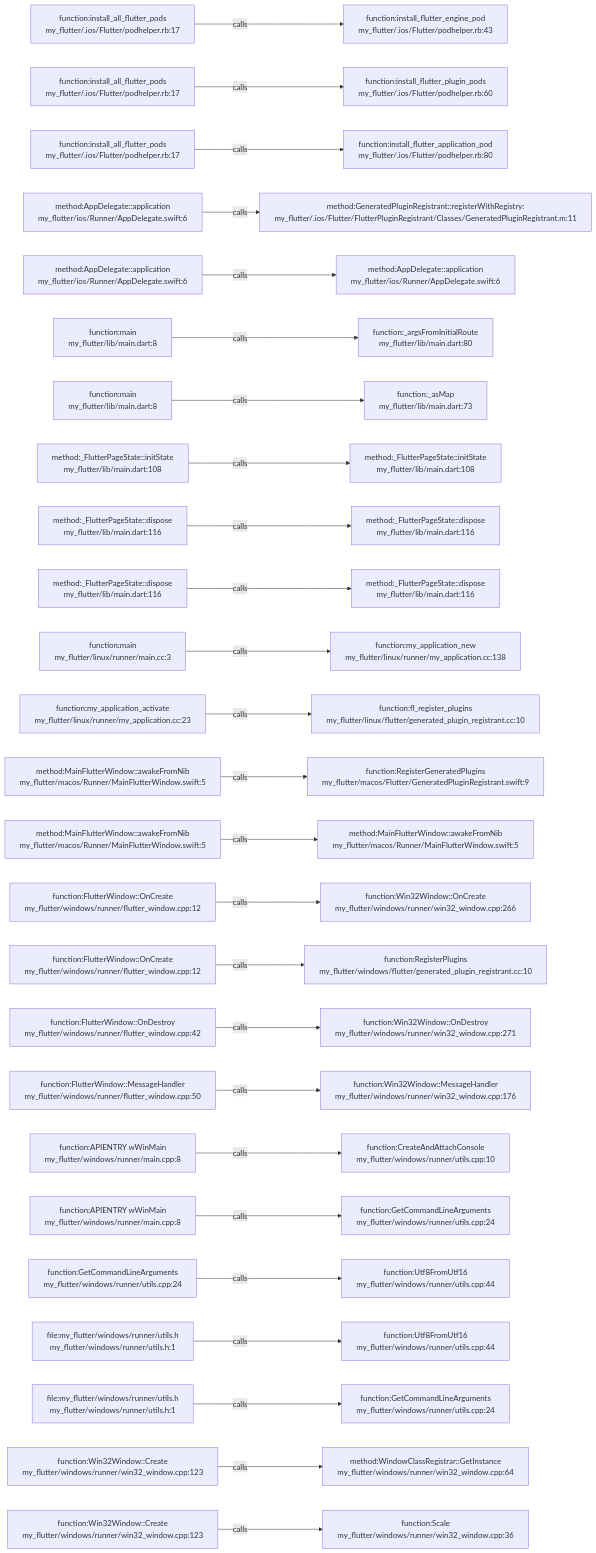
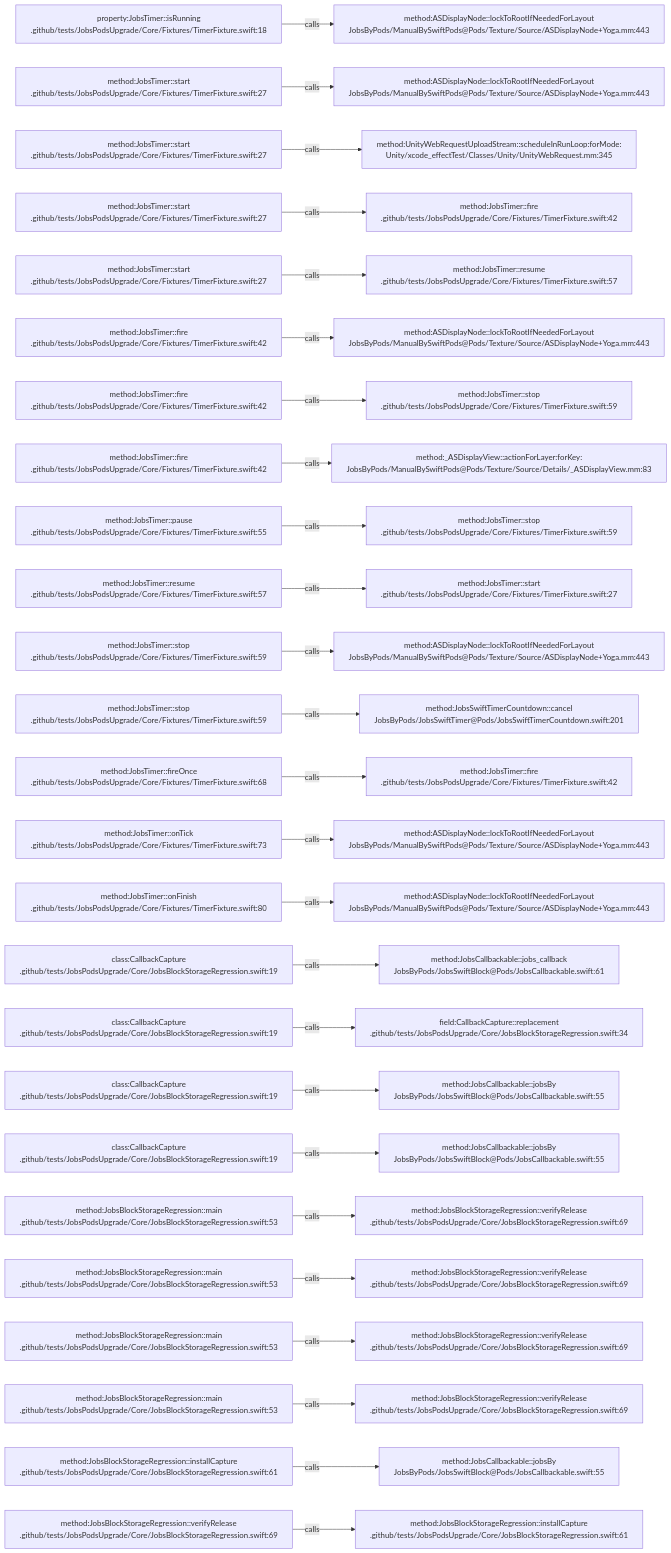
The diagram in .codegraph/codegraph.md/graphs/calls-001.md (JobsKits/JobsSwiftBaseConfigDemo), drawn with Mermaid before and after one commit. The commit also changed 224 other files, not shown here.

````diff
--- a/.codegraph/codegraph.md/graphs/calls-001.md
+++ b/.codegraph/codegraph.md/graphs/calls-001.md
@@ -13,78 +13,78 @@
 ```mermaid
 flowchart LR
-  S1["function:install_all_flutter_pods<br/>my_flutter/.ios/Flutter/podhelper.rb:17"]
-  T1["function:install_flutter_engine_pod<br/>my_flutter/.ios/Flutter/podhelper.rb:43"]
+  S1["property:JobsTimer::isRunning<br/>.github/tests/JobsPodsUpgrade/Core/Fixtures/TimerFixture.swift:18"]
+  T1["method:ASDisplayNode::lockToRootIfNeededForLayout<br/>JobsByPods/ManualBySwiftPods@Pods/Texture/Source/ASDisplayNode+Yoga.mm:443"]
   S1 -->|calls| T1
-  S2["function:install_all_flutter_pods<br/>my_flutter/.ios/Flutter/podhelper.rb:17"]
-  T2["function:install_flutter_plugin_pods<br/>my_flutter/.ios/Flutter/podhelper.rb:60"]
+  S2["method:JobsTimer::start<br/>.github/tests/JobsPodsUpgrade/Core/Fixtures/TimerFixture.swift:27"]
+  T2["method:ASDisplayNode::lockToRootIfNeededForLayout<br/>JobsByPods/ManualBySwiftPods@Pods/Texture/Source/ASDisplayNode+Yoga.mm:443"]
   S2 -->|calls| T2
-  S3["function:install_all_flutter_pods<br/>my_flutter/.ios/Flutter/podhelper.rb:17"]
-  T3["function:install_flutter_application_pod<br/>my_flutter/.ios/Flutter/podhelper.rb:80"]
+  S3["method:JobsTimer::start<br/>.github/tests/JobsPodsUpgrade/Core/Fixtures/TimerFixture.swift:27"]
+  T3["method:UnityWebRequestUploadStream::scheduleInRunLoop:forMode:<br/>Unity/xcode_effectTest/Classes/Unity/UnityWebRequest.mm:345"]
   S3 -->|calls| T3
-  S4["method:AppDelegate::application<br/>my_flutter/ios/Runner/AppDelegate.swift:6"]
-  T4["method:GeneratedPluginRegistrant::registerWithRegistry:<br/>my_flutter/.ios/Flutter/FlutterPluginRegistrant/Classes/GeneratedPluginRegistrant.m:11"]
+  S4["method:JobsTimer::start<br/>.github/tests/JobsPodsUpgrade/Core/Fixtures/TimerFixture.swift:27"]
+  T4["method:JobsTimer::fire<br/>.github/tests/JobsPodsUpgrade/Core/Fixtures/TimerFixture.swift:42"]
   S4 -->|calls| T4
-  S5["method:AppDelegate::application<br/>my_flutter/ios/Runner/AppDelegate.swift:6"]
-  T5["method:AppDelegate::application<br/>my_flutter/ios/Runner/AppDelegate.swift:6"]
+  S5["method:JobsTimer::start<br/>.github/tests/JobsPodsUpgrade/Core/Fixtures/TimerFixture.swift:27"]
+  T5["method:JobsTimer::resume<br/>.github/tests/JobsPodsUpgrade/Core/Fixtures/TimerFixture.swift:57"]
   S5 -->|calls| T5
-  S6["function:main<br/>my_flutter/lib/main.dart:8"]
-  T6["function:_argsFromInitialRoute<br/>my_flutter/lib/main.dart:80"]
+  S6["method:JobsTimer::fire<br/>.github/tests/JobsPodsUpgrade/Core/Fixtures/TimerFixture.swift:42"]
+  T6["method:ASDisplayNode::lockToRootIfNeededForLayout<br/>JobsByPods/ManualBySwiftPods@Pods/Texture/Source/ASDisplayNode+Yoga.mm:443"]
   S6 -->|calls| T6
-  S7["function:main<br/>my_flutter/lib/main.dart:8"]
-  T7["function:_asMap<br/>my_flutter/lib/main.dart:73"]
+  S7["method:JobsTimer::fire<br/>.github/tests/JobsPodsUpgrade/Core/Fixtures/TimerFixture.swift:42"]
+  T7["method:JobsTimer::stop<br/>.github/tests/JobsPodsUpgrade/Core/Fixtures/TimerFixture.swift:59"]
   S7 -->|calls| T7
-  S8["method:_FlutterPageState::initState<br/>my_flutter/lib/main.dart:108"]
-  T8["method:_FlutterPageState::initState<br/>my_flutter/lib/main.dart:108"]
+  S8["method:JobsTimer::fire<br/>.github/tests/JobsPodsUpgrade/Core/Fixtures/TimerFixture.swift:42"]
+  T8["method:_ASDisplayView::actionForLayer:forKey:<br/>JobsByPods/ManualBySwiftPods@Pods/Texture/Source/Details/_ASDisplayView.mm:83"]
   S8 -->|calls| T8
-  S9["method:_FlutterPageState::dispose<br/>my_flutter/lib/main.dart:116"]
-  T9["method:_FlutterPageState::dispose<br/>my_flutter/lib/main.dart:116"]
+  S9["method:JobsTimer::pause<br/>.github/tests/JobsPodsUpgrade/Core/Fixtures/TimerFixture.swift:55"]
+  T9["method:JobsTimer::stop<br/>.github/tests/JobsPodsUpgrade/Core/Fixtures/TimerFixture.swift:59"]
   S9 -->|calls| T9
-  S10["method:_FlutterPageState::dispose<br/>my_flutter/lib/main.dart:116"]
-  T10["method:_FlutterPageState::dispose<br/>my_flutter/lib/main.dart:116"]
+  S10["method:JobsTimer::resume<br/>.github/tests/JobsPodsUpgrade/Core/Fixtures/TimerFixture.swift:57"]
+  T10["method:JobsTimer::start<br/>.github/tests/JobsPodsUpgrade/Core/Fixtures/TimerFixture.swift:27"]
   S10 -->|calls| T10
-  S11["function:main<br/>my_flutter/linux/runner/main.cc:3"]
-  T11["function:my_application_new<br/>my_flutter/linux/runner/my_application.cc:138"]
+  S11["method:JobsTimer::stop<br/>.github/tests/JobsPodsUpgrade/Core/Fixtures/TimerFixture.swift:59"]
+  T11["method:ASDisplayNode::lockToRootIfNeededForLayout<br/>JobsByPods/ManualBySwiftPods@Pods/Texture/Source/ASDisplayNode+Yoga.mm:443"]
   S11 -->|calls| T11
-  S12["function:my_application_activate<br/>my_flutter/linux/runner/my_application.cc:23"]
-  T12["function:fl_register_plugins<br/>my_flutter/linux/flutter/generated_plugin_registrant.cc:10"]
+  S12["method:JobsTimer::stop<br/>.github/tests/JobsPodsUpgrade/Core/Fixtures/TimerFixture.swift:59"]
+  T12["method:JobsSwiftTimerCountdown::cancel<br/>JobsByPods/JobsSwiftTimer@Pods/JobsSwiftTimerCountdown.swift:201"]
   S12 -->|calls| T12
-  S13["method:MainFlutterWindow::awakeFromNib<br/>my_flutter/macos/Runner/MainFlutterWindow.swift:5"]
-  T13["function:RegisterGeneratedPlugins<br/>my_flutter/macos/Flutter/GeneratedPluginRegistrant.swift:9"]
+  S13["method:JobsTimer::fireOnce<br/>.github/tests/JobsPodsUpgrade/Core/Fixtures/TimerFixture.swift:68"]
+  T13["method:JobsTimer::fire<br/>.github/tests/JobsPodsUpgrade/Core/Fixtures/TimerFixture.swift:42"]
   S13 -->|calls| T13
-  S14["method:MainFlutterWindow::awakeFromNib<br/>my_flutter/macos/Runner/MainFlutterWindow.swift:5"]
-  T14["method:MainFlutterWindow::awakeFromNib<br/>my_flutter/macos/Runner/MainFlutterWindow.swift:5"]
+  S14["method:JobsTimer::onTick<br/>.github/tests/JobsPodsUpgrade/Core/Fixtures/TimerFixture.swift:73"]
+  T14["method:ASDisplayNode::lockToRootIfNeededForLayout<br/>JobsByPods/ManualBySwiftPods@Pods/Texture/Source/ASDisplayNode+Yoga.mm:443"]
   S14 -->|calls| T14
-  S15["function:FlutterWindow::OnCreate<br/>my_flutter/windows/runner/flutter_window.cpp:12"]
-  T15["function:Win32Window::OnCreate<br/>my_flutter/windows/runner/win32_window.cpp:266"]
+  S15["method:JobsTimer::onFinish<br/>.github/tests/JobsPodsUpgrade/Core/Fixtures/TimerFixture.swift:80"]
+  T15["method:ASDisplayNode::lockToRootIfNeededForLayout<br/>JobsByPods/ManualBySwiftPods@Pods/Texture/Source/ASDisplayNode+Yoga.mm:443"]
   S15 -->|calls| T15
-  S16["function:FlutterWindow::OnCreate<br/>my_flutter/windows/runner/flutter_window.cpp:12"]
-  T16["function:RegisterPlugins<br/>my_flutter/windows/flutter/generated_plugin_registrant.cc:10"]
+  S16["class:CallbackCapture<br/>.github/tests/JobsPodsUpgrade/Core/JobsBlockStorageRegression.swift:19"]
+  T16["method:JobsCallbackable::jobs_callback<br/>JobsByPods/JobsSwiftBlock@Pods/JobsCallbackable.swift:61"]
   S16 -->|calls| T16
-  S17["function:FlutterWindow::OnDestroy<br/>my_flutter/windows/runner/flutter_window.cpp:42"]
-  T17["function:Win32Window::OnDestroy<br/>my_flutter/windows/runner/win32_window.cpp:271"]
+  S17["class:CallbackCapture<br/>.github/tests/JobsPodsUpgrade/Core/JobsBlockStorageRegression.swift:19"]
+  T17["field:CallbackCapture::replacement<br/>.github/tests/JobsPodsUpgrade/Core/JobsBlockStorageRegression.swift:34"]
   S17 -->|calls| T17
-  S18["function:FlutterWindow::MessageHandler<br/>my_flutter/windows/runner/flutter_window.cpp:50"]
-  T18["function:Win32Window::MessageHandler<br/>my_flutter/windows/runner/win32_window.cpp:176"]
+  S18["class:CallbackCapture<br/>.github/tests/JobsPodsUpgrade/Core/JobsBlockStorageRegression.swift:19"]
+  T18["method:JobsCallbackable::jobsBy<br/>JobsByPods/JobsSwiftBlock@Pods/JobsCallbackable.swift:55"]
   S18 -->|calls| T18
-  S19["function:APIENTRY wWinMain<br/>my_flutter/windows/runner/main.cpp:8"]
-  T19["function:CreateAndAttachConsole<br/>my_flutter/windows/runner/utils.cpp:10"]
+  S19["class:CallbackCapture<br/>.github/tests/JobsPodsUpgrade/Core/JobsBlockStorageRegression.swift:19"]
+  T19["method:JobsCallbackable::jobsBy<br/>JobsByPods/JobsSwiftBlock@Pods/JobsCallbackable.swift:55"]
   S19 -->|calls| T19
-  S20["function:APIENTRY wWinMain<br/>my_flutter/windows/runner/main.cpp:8"]
-  T20["function:GetCommandLineArguments<br/>my_flutter/windows/runner/utils.cpp:24"]
+  S20["method:JobsBlockStorageRegression::main<br/>.github/tests/JobsPodsUpgrade/Core/JobsBlockStorageRegression.swift:53"]
+  T20["method:JobsBlockStorageRegression::verifyRelease<br/>.github/tests/JobsPodsUpgrade/Core/JobsBlockStorageRegression.swift:69"]
   S20 -->|calls| T20
-  S21["function:GetCommandLineArguments<br/>my_flutter/windows/runner/utils.cpp:24"]
-  T21["function:Utf8FromUtf16<br/>my_flutter/windows/runner/utils.cpp:44"]
+  S21["method:JobsBlockStorageRegression::main<br/>.github/tests/JobsPodsUpgrade/Core/JobsBlockStorageRegression.swift:53"]
+  T21["method:JobsBlockStorageRegression::verifyRelease<br/>.github/tests/JobsPodsUpgrade/Core/JobsBlockStorageRegression.swift:69"]
   S21 -->|calls| T21
-  S22["file:my_flutter/windows/runner/utils.h<br/>my_flutter/windows/runner/utils.h:1"]
-  T22["function:Utf8FromUtf16<br/>my_flutter/windows/runner/utils.cpp:44"]
+  S22["method:JobsBlockStorageRegression::main<br/>.github/tests/JobsPodsUpgrade/Core/JobsBlockStorageRegression.swift:53"]
+  T22["method:JobsBlockStorageRegression::verifyRelease<br/>.github/tests/JobsPodsUpgrade/Core/JobsBlockStorageRegression.swift:69"]
   S22 -->|calls| T22
-  S23["file:my_flutter/windows/runner/utils.h<br/>my_flutter/windows/runner/utils.h:1"]
-  T23["function:GetCommandLineArguments<br/>my_flutter/windows/runner/utils.cpp:24"]
+  S23["method:JobsBlockStorageRegression::main<br/>.github/tests/JobsPodsUpgrade/Core/JobsBlockStorageRegression.swift:53"]
+  T23["method:JobsBlockStorageRegression::verifyRelease<br/>.github/tests/JobsPodsUpgrade/Core/JobsBlockStorageRegression.swift:69"]
   S23 -->|calls| T23
-  S24["function:Win32Window::Create<br/>my_flutter/windows/runner/win32_window.cpp:123"]
-  T24["method:WindowClassRegistrar::GetInstance<br/>my_flutter/windows/runner/win32_window.cpp:64"]
+  S24["method:JobsBlockStorageRegression::installCapture<br/>.github/tests/JobsPodsUpgrade/Core/JobsBlockStorageRegression.swift:61"]
+  T24["method:JobsCallbackable::jobsBy<br/>JobsByPods/JobsSwiftBlock@Pods/JobsCallbackable.swift:55"]
   S24 -->|calls| T24
-  S25["function:Win32Window::Create<br/>my_flutter/windows/runner/win32_window.cpp:123"]
-  T25["function:Scale<br/>my_flutter/windows/runner/win32_window.cpp:36"]
+  S25["method:JobsBlockStorageRegression::verifyRelease<br/>.github/tests/JobsPodsUpgrade/Core/JobsBlockStorageRegression.swift:69"]
+  T25["method:JobsBlockStorageRegression::installCapture<br/>.github/tests/JobsPodsUpgrade/Core/JobsBlockStorageRegression.swift:61"]
   S25 -->|calls| T25
 ```
````
